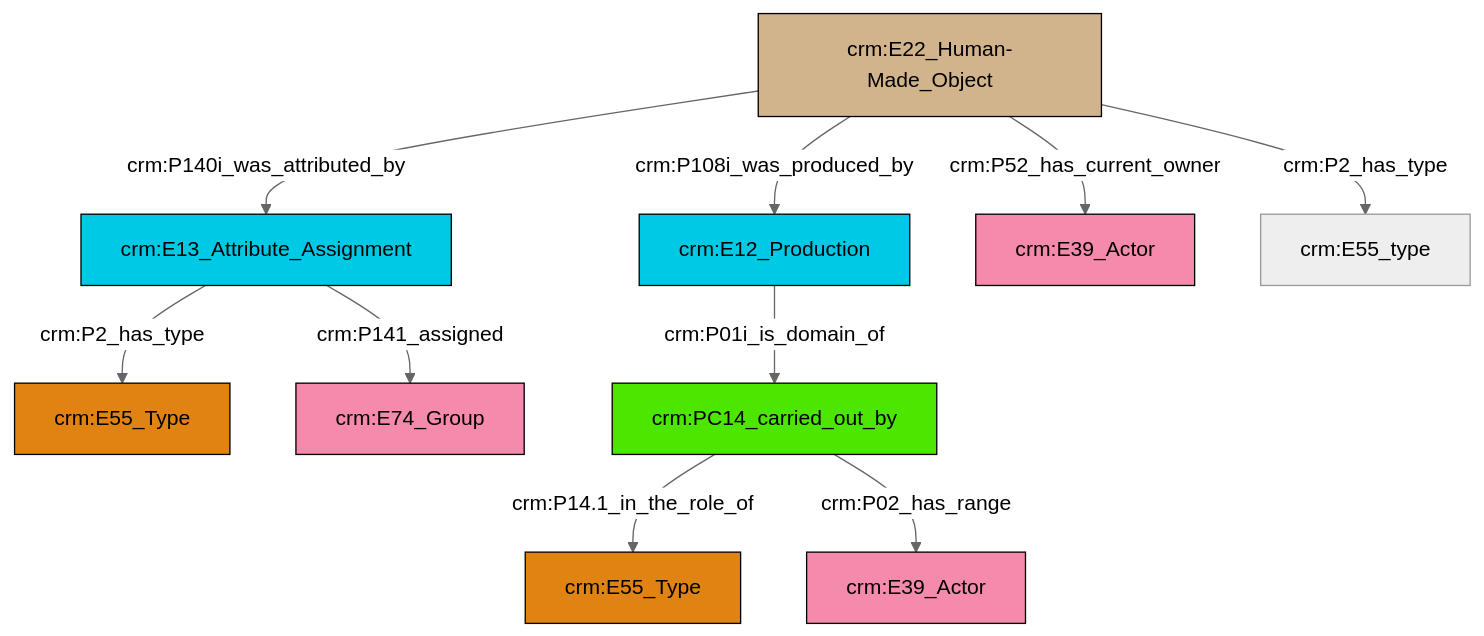
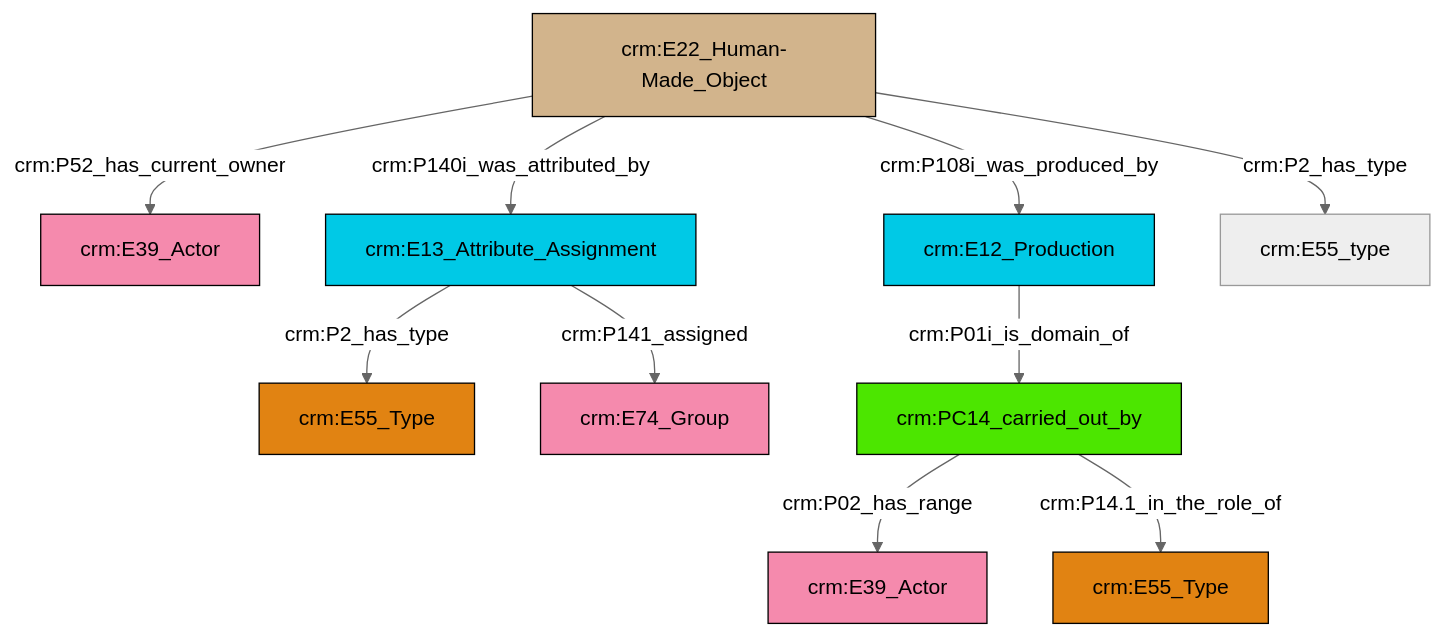
Before and after one commit to swiss-art-research-net/reference-data-models: the diagram in et/builtWorkCSV/ttl/mmd/Built_Work_actor_relations.ttl.mmd, drawn with Mermaid (neutral theme). The commit also changed 130 other files, not shown here.

```diff
--- a/et/builtWorkCSV/ttl/mmd/Built_Work_actor_relations.ttl.mmd
+++ b/et/builtWorkCSV/ttl/mmd/Built_Work_actor_relations.ttl.mmd
@@ -1,24 +1,24 @@
 graph TD
 classDef Literal fill:#f2f2f2,stroke:#000000;
 classDef CRM_Entity fill:#FFFFFF,stroke:#000000;
 classDef Temporal_Entity fill:#00C9E6, stroke:#000000;
 classDef Type fill:#E18312, stroke:#000000;
 classDef Time-Span fill:#2C9C91, stroke:#000000;
 classDef Appellation fill:#FFEB7F, stroke:#000000;
 classDef Place fill:#008836, stroke:#000000;
 classDef Persistent_Item fill:#B266B2, stroke:#000000;
 classDef Conceptual_Object fill:#FFD700, stroke:#000000;
 classDef Physical_Thing fill:#D2B48C, stroke:#000000;
 classDef Actor fill:#f58aad, stroke:#000000;
 classDef PC_Classes fill:#4ce600, stroke:#000000;
 classDef Multi fill:#cccccc,stroke:#000000;
 
-0["crm:E13_Attribute_Assignment"]:::Temporal_Entity -->|crm:P2_has_type| 1["crm:E55_Type"]:::Type
-4["crm:PC14_carried_out_by"]:::PC_Classes -->|crm:P14.1_in_the_role_of| 5["crm:E55_Type"]:::Type
-6["crm:E22_Human-Made_Object"]:::Physical_Thing -->|crm:P108i_was_produced_by| 7["crm:E12_Production"]:::Temporal_Entity
-6["crm:E22_Human-Made_Object"]:::Physical_Thing -->|crm:P140i_was_attributed_by| 0["crm:E13_Attribute_Assignment"]:::Temporal_Entity
-6["crm:E22_Human-Made_Object"]:::Physical_Thing -->|crm:P52_has_current_owner| 11["crm:E39_Actor"]:::Actor
-7["crm:E12_Production"]:::Temporal_Entity -->|crm:P01i_is_domain_of| 4["crm:PC14_carried_out_by"]:::PC_Classes
-6["crm:E22_Human-Made_Object"]:::Physical_Thing -->|crm:P2_has_type| 15["crm:E55_type"]:::Default
-4["crm:PC14_carried_out_by"]:::PC_Classes -->|crm:P02_has_range| 12["crm:E39_Actor"]:::Actor
-0["crm:E13_Attribute_Assignment"]:::Temporal_Entity -->|crm:P141_assigned| 2["crm:E74_Group"]:::Actor
+0["crm:E22_Human-Made_Object"]:::Physical_Thing -->|crm:P52_has_current_owner| 1["crm:E39_Actor"]:::Actor
+4["crm:E12_Production"]:::Temporal_Entity -->|crm:P01i_is_domain_of| 5["crm:PC14_carried_out_by"]:::PC_Classes
+14["crm:E13_Attribute_Assignment"]:::Temporal_Entity -->|crm:P2_has_type| 9["crm:E55_Type"]:::Type
+0["crm:E22_Human-Made_Object"]:::Physical_Thing -->|crm:P140i_was_attributed_by| 14["crm:E13_Attribute_Assignment"]:::Temporal_Entity
+5["crm:PC14_carried_out_by"]:::PC_Classes -->|crm:P02_has_range| 11["crm:E39_Actor"]:::Actor
+0["crm:E22_Human-Made_Object"]:::Physical_Thing -->|crm:P108i_was_produced_by| 4["crm:E12_Production"]:::Temporal_Entity
+0["crm:E22_Human-Made_Object"]:::Physical_Thing -->|crm:P2_has_type| 15["crm:E55_type"]:::Default
+5["crm:PC14_carried_out_by"]:::PC_Classes -->|crm:P14.1_in_the_role_of| 18["crm:E55_Type"]:::Type
+14["crm:E13_Attribute_Assignment"]:::Temporal_Entity -->|crm:P141_assigned| 2["crm:E74_Group"]:::Actor
```
